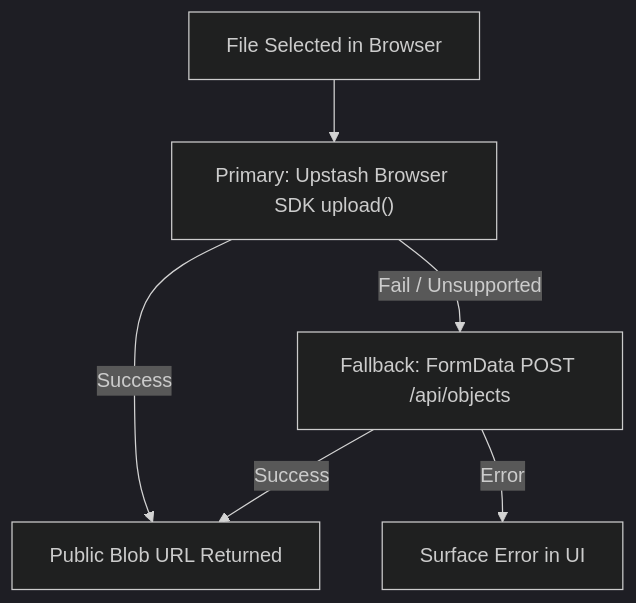
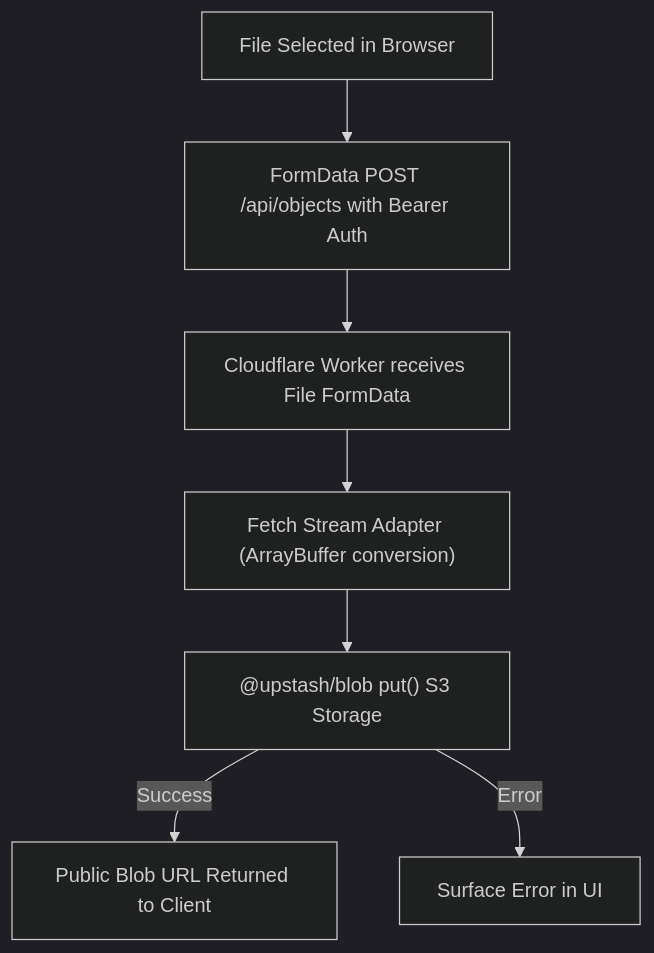
The diagram in docs/media-uploads.mdx (AmritSDutta/kalidass), drawn with Mermaid (dark theme) before and after one commit. The commit also changed other lines of this file and 18 other files, not shown here.

````diff
--- a/docs/media-uploads.mdx
+++ b/docs/media-uploads.mdx
@@ -36,8 +36,9 @@
 ```mermaid
 flowchart TD
-  UploadInit["File Selected in Browser"] --> TryUpstash["Primary: Upstash Browser SDK upload()"]
-  TryUpstash -->|Success| Complete["Public Blob URL Returned"]
-  TryUpstash -->|Fail / Unsupported| Fallback["Fallback: FormData POST /api/objects"]
-  Fallback -->|Success| Complete
-  Fallback -->|Error| ErrorHandler["Surface Error in UI"]
+  UploadInit["File Selected in Browser"] --> FormDataPost["FormData POST /api/objects with Bearer Auth"]
+  FormDataPost --> WorkerHandle["Cloudflare Worker receives File FormData"]
+  WorkerHandle --> StreamAdapter["Fetch Stream Adapter (ArrayBuffer conversion)"]
+  StreamAdapter --> UpstashBlob["@upstash/blob put() S3 Storage"]
+  UpstashBlob -->|Success| Complete["Public Blob URL Returned to Client"]
+  UpstashBlob -->|Error| ErrorHandler["Surface Error in UI"]
 ```
````
